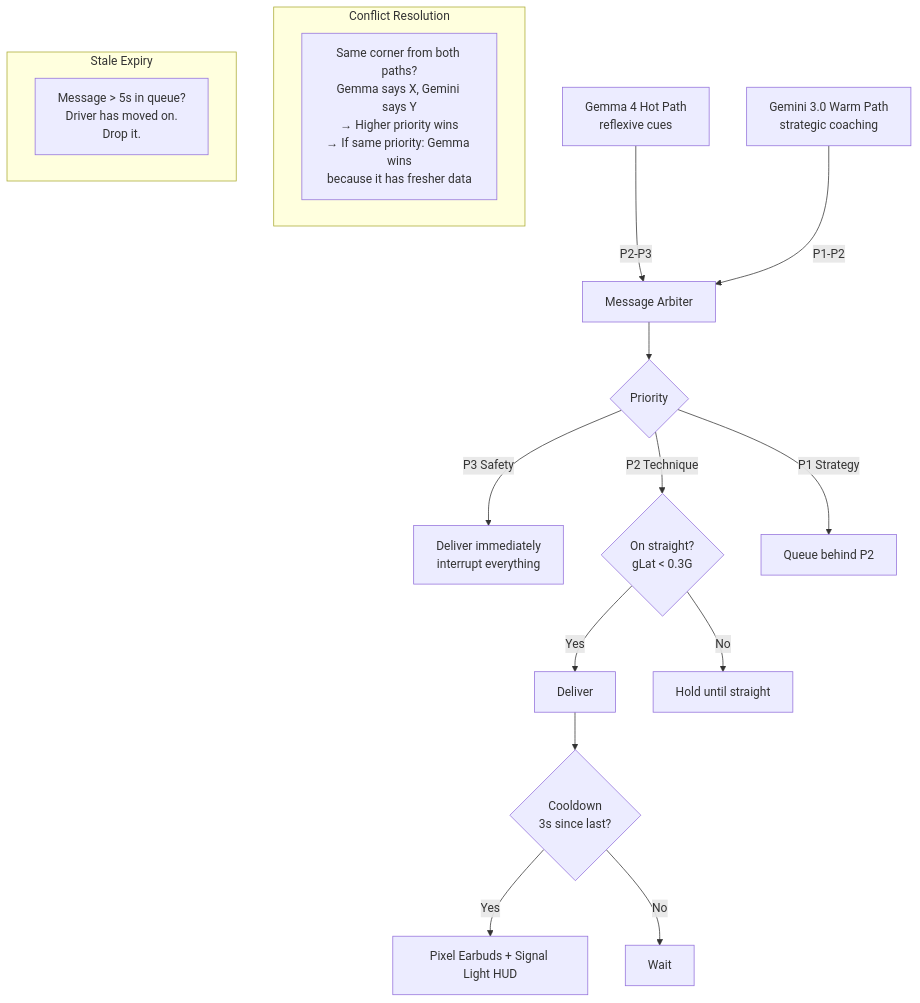
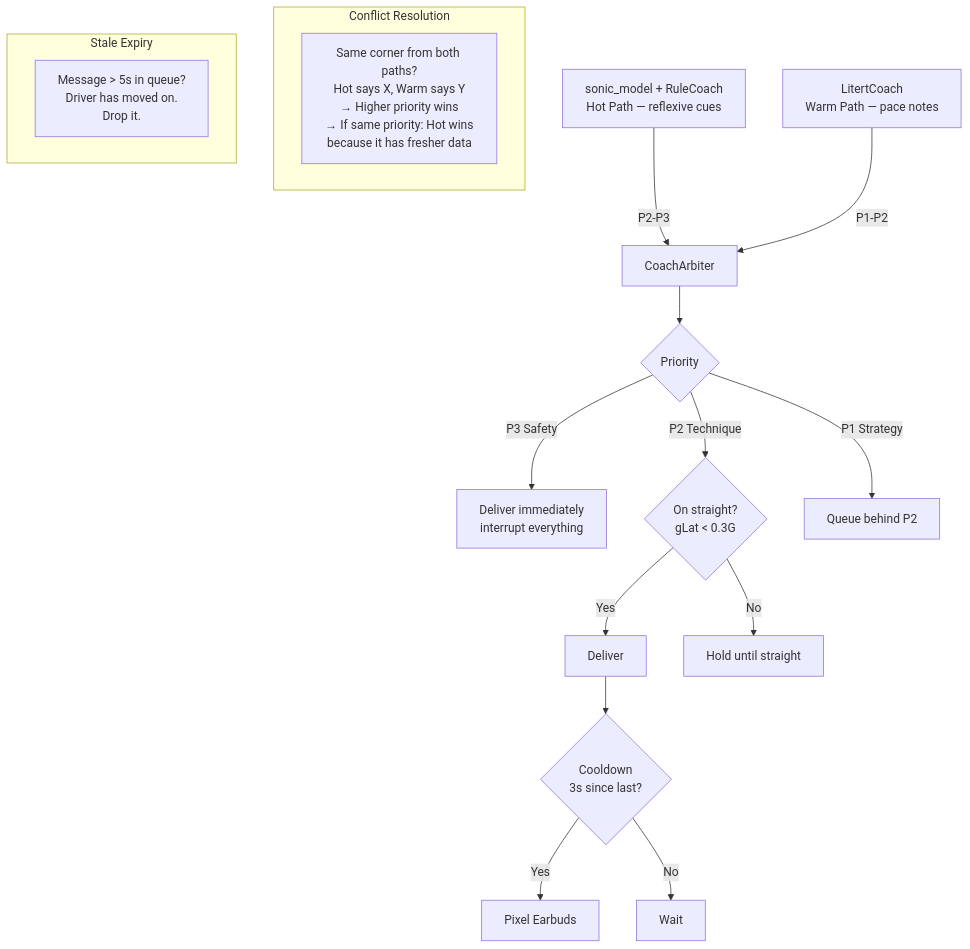
One commit to mlnomadpy/pitwall changed the diagram in docs/coaching-engine.md. Above: the diagram before and after it, drawn with Mermaid. The commit also changed other lines of this file and 47 other files, not shown here.

````diff
--- a/docs/coaching-engine.md
+++ b/docs/coaching-engine.md
@@ -182,25 +146,25 @@
 ```mermaid
 graph TB
-    GEMMA[Gemma 4 Hot Path<br/>reflexive cues] -->|P2-P3| ARB[Message Arbiter]
-    GEMINI[Gemini 3.0 Warm Path<br/>strategic coaching] -->|P1-P2| ARB
+    SONIC[sonic_model + RuleCoach<br/>Hot Path — reflexive cues] -->|P2-P3| ARB[CoachArbiter]
+    LITERT[LitertCoach<br/>Warm Path — pace notes] -->|P1-P2| ARB
 
     ARB --> PRIO{Priority}
     
     PRIO -->|P3 Safety| IMM[Deliver immediately<br/>interrupt everything]
     PRIO -->|P2 Technique| CHECK_CORNER{On straight?<br/>gLat < 0.3G}
     CHECK_CORNER -->|Yes| DELIVER[Deliver]
     CHECK_CORNER -->|No| HOLD[Hold until straight]
     PRIO -->|P1 Strategy| QUEUE[Queue behind P2]
 
     DELIVER --> COOL{Cooldown<br/>3s since last?}
-    COOL -->|Yes| OUT[Pixel Earbuds + Signal Light HUD]
+    COOL -->|Yes| OUT[Pixel Earbuds]
     COOL -->|No| WAIT[Wait]
 
     subgraph Conflict Resolution
-        CONFLICT[Same corner from both paths?<br/>Gemma says X, Gemini says Y<br/>→ Higher priority wins<br/>→ If same priority: Gemma wins<br/>because it has fresher data]
+        CONFLICT[Same corner from both paths?<br/>Hot says X, Warm says Y<br/>→ Higher priority wins<br/>→ If same priority: Hot wins<br/>because it has fresher data]
     end
 
     subgraph Stale Expiry
         STALE[Message > 5s in queue?<br/>Driver has moved on.<br/>Drop it.]
     end
 ```
````
